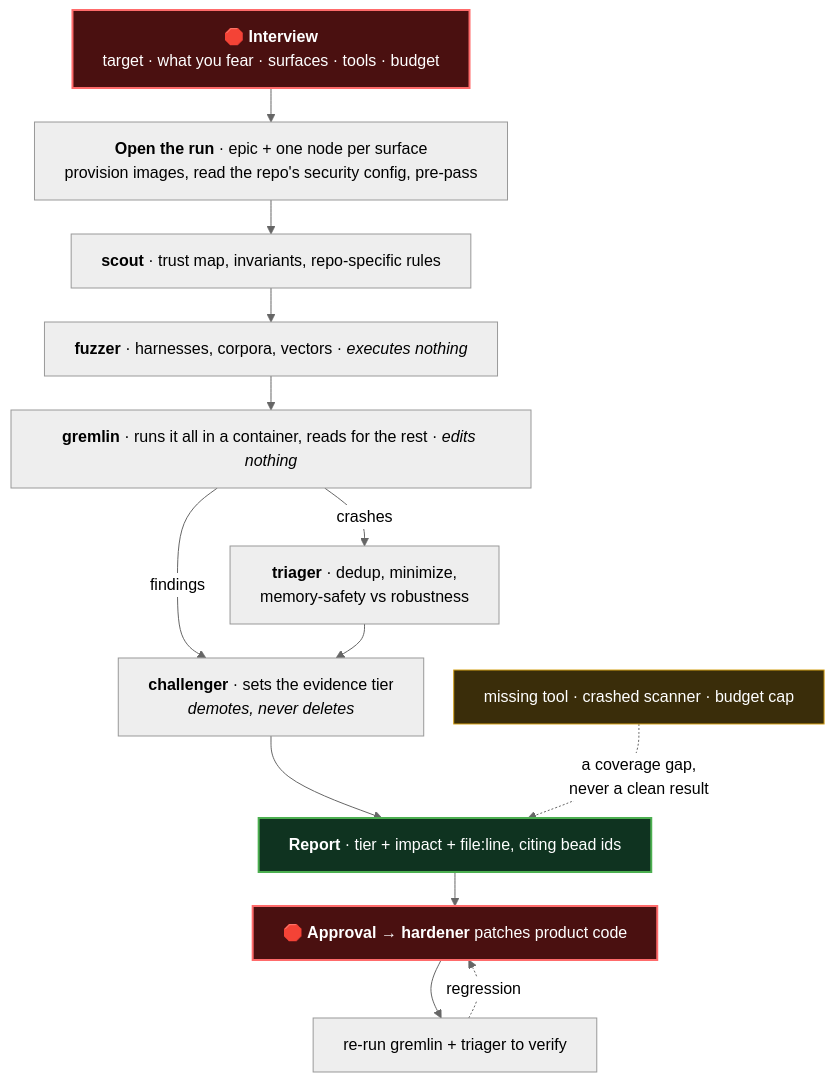
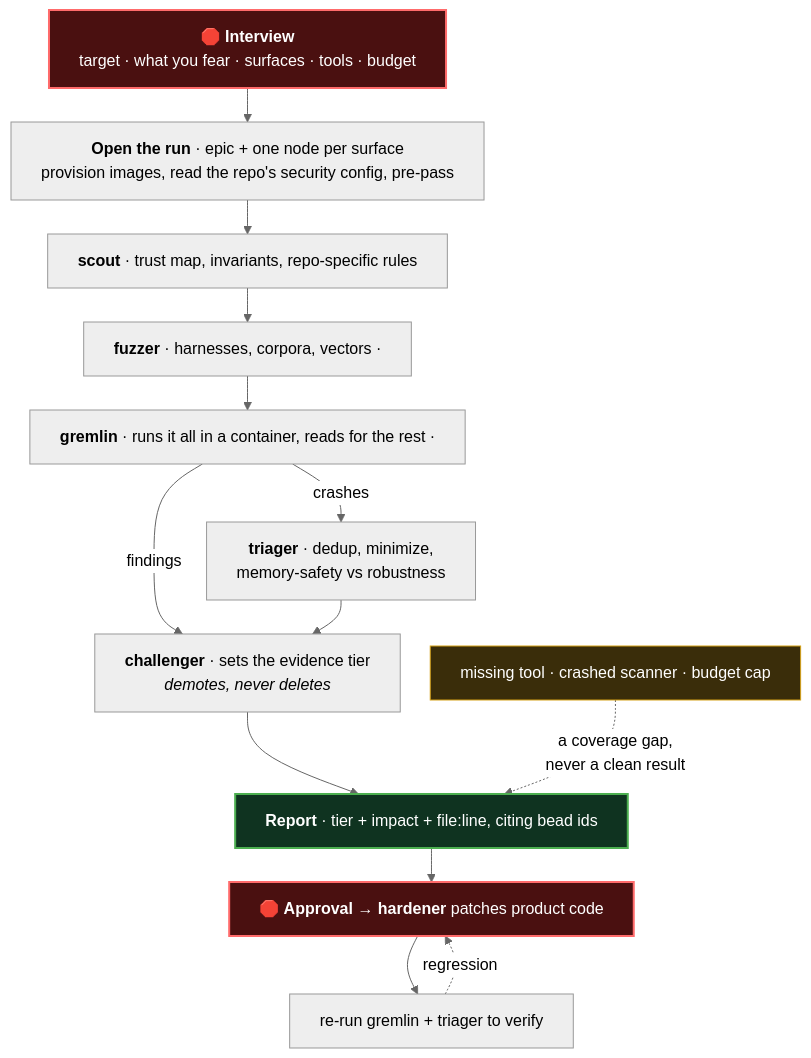
One commit to srobroek/break-stuff changed the diagram in README.md. Above: the diagram before and after it, drawn with Mermaid (neutral theme). The commit also changed other lines of this file, not shown here.

````diff
--- a/README.md
+++ b/README.md
@@ -127,26 +127,26 @@
 ```mermaid
 %%{init: {"flowchart": {"wrappingWidth": 460, "nodeSpacing": 30, "rankSpacing": 34}}}%%
 flowchart TB
     Q["🛑 <b>Interview</b><br/>target · what you fear · surfaces · tools · budget"]
     Q --> OPEN["<b>Open the run</b> · epic + one node per surface<br/>provision images, read the repo's security config, pre-pass"]
 
     OPEN --> SCOUT["<b>scout</b> · trust map, invariants, repo-specific rules"]
-    SCOUT --> FUZZER["<b>fuzzer</b> · harnesses, corpora, vectors · <i>executes nothing</i>"]
-    FUZZER --> GREMLIN["<b>gremlin</b> · runs it all in a container, reads for the rest · <i>edits nothing</i>"]
+    SCOUT --> FUZZER["<b>fuzzer</b> · harnesses, corpora, vectors · "]
+    FUZZER --> GREMLIN["<b>gremlin</b> · runs it all in a container, reads for the rest · "]
 
     GREMLIN -->|crashes| TRIAGER["<b>triager</b> · dedup, minimize,<br/>memory-safety vs robustness"]
     GREMLIN -->|findings| CHAL
     TRIAGER --> CHAL["<b>challenger</b> · sets the evidence tier<br/><i>demotes, never deletes</i>"]
 
     CHAL --> REPORT["<b>Report</b> · tier + impact + file:line, citing bead ids"]
     SKIP["missing tool · crashed scanner · budget cap"] -.->|"a coverage gap,<br/>never a clean result"| REPORT
 
     REPORT --> HARD["🛑 <b>Approval</b> → <b>hardener</b> patches product code"]
     HARD --> REVERIFY["re-run gremlin + triager to verify"]
     REVERIFY -.->|regression| HARD
 
     style Q fill:#4a1010,stroke:#ff6b6b,stroke-width:2px,color:#fff
     style HARD fill:#4a1010,stroke:#ff6b6b,stroke-width:2px,color:#fff
     style SKIP fill:#3a2d0a,stroke:#d4a017,color:#fff
     style REPORT fill:#0f3320,stroke:#4caf50,stroke-width:2px,color:#fff
 ```
````
